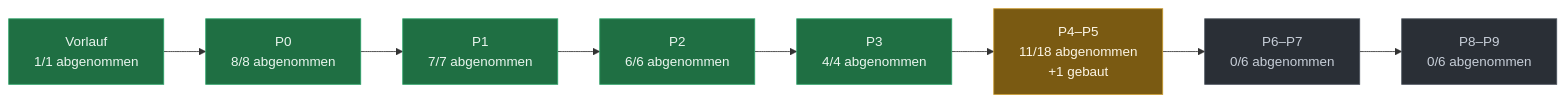
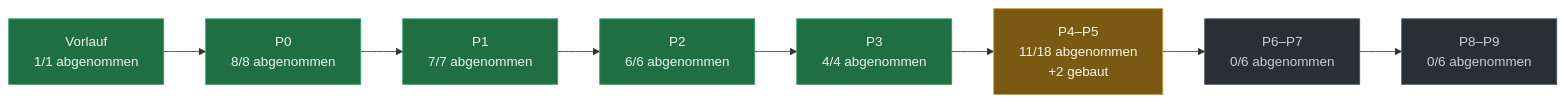
One commit to evenacadia-tech/Nakama changed the diagram in docs/PLAN-STAND.md. Above: the diagram before and after it, drawn with Mermaid. The commit also changed other lines of this file, not shown here.

````diff
--- a/docs/PLAN-STAND.md
+++ b/docs/PLAN-STAND.md
@@ -37,21 +37,21 @@
 ```mermaid
 flowchart LR
   P0["Vorlauf<br/>1/1 abgenommen"]:::fertig
   P1["P0<br/>8/8 abgenommen"]:::fertig
   P0 --> P1
   P2["P1<br/>7/7 abgenommen"]:::fertig
   P1 --> P2
   P3["P2<br/>6/6 abgenommen"]:::fertig
   P2 --> P3
   P4["P3<br/>4/4 abgenommen"]:::fertig
   P3 --> P4
-  P5["P4–P5<br/>11/18 abgenommen<br/>+1 gebaut"]:::laeuft
+  P5["P4–P5<br/>11/18 abgenommen<br/>+2 gebaut"]:::laeuft
   P4 --> P5
   P6["P6–P7<br/>0/6 abgenommen"]:::offen
   P5 --> P6
   P7["P8–P9<br/>0/6 abgenommen"]:::offen
   P6 --> P7
   classDef fertig fill:#1f6f43,stroke:#2ea36a,color:#eaf6ef
   classDef laeuft fill:#7a5a12,stroke:#c99a2e,color:#fdf6e6
   classDef offen  fill:#2a2f36,stroke:#4a525c,color:#c7ced8
 ```
````
